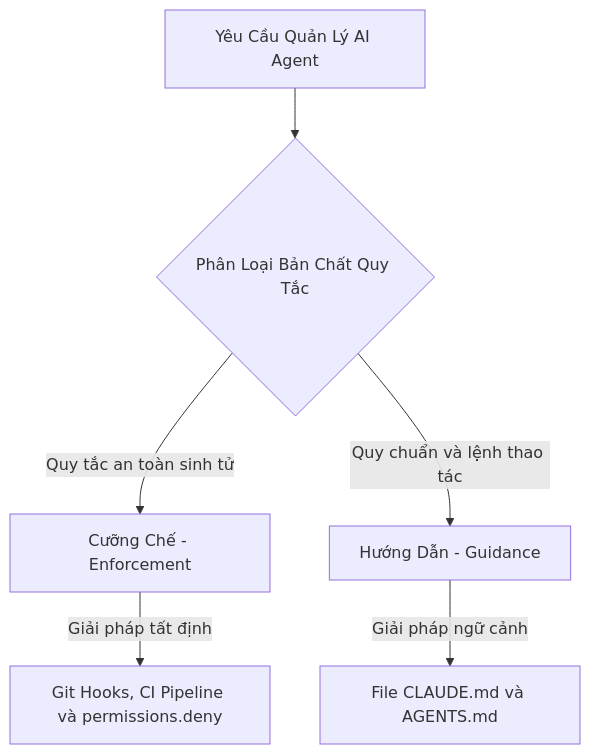
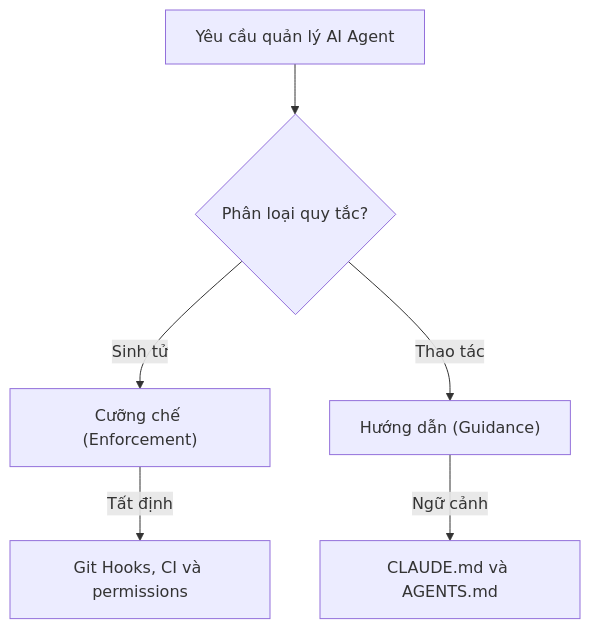
The second of 2 diagrams in content/posts/tu-duy-viet-claudemd-thuc-chien.md (nguyengoctin/my_website), drawn with Mermaid before and after one commit. The commit also changed other lines of this file and 9 other files, not shown here.

````diff
--- a/content/posts/tu-duy-viet-claudemd-thuc-chien.md
+++ b/content/posts/tu-duy-viet-claudemd-thuc-chien.md
@@ -129,8 +135,14 @@
 ```mermaid
 flowchart TD
-    A["Yêu Cầu Quản Lý AI Agent"] --> B{"Phân Loại Bản Chất Quy Tắc"}
-    B -->|Quy tắc an toàn sinh tử| C["Cưỡng Chế - Enforcement"]
-    B -->|Quy chuẩn và lệnh thao tác| D["Hướng Dẫn - Guidance"]
-    C -->|Giải pháp tất định| E["Git Hooks, CI Pipeline và permissions.deny"]
-    D -->|Giải pháp ngữ cảnh| F["File CLAUDE.md và AGENTS.md"]
+    A["`Yêu cầu quản lý AI Agent`"]
+    B{"`Phân loại quy tắc?`"}
+    C["`Cưỡng chế (Enforcement)`"]
+    D["`Hướng dẫn (Guidance)`"]
+    E["`Git Hooks, CI và permissions`"]
+    F["`CLAUDE.md và AGENTS.md`"]
+    A --> B
+    B -->|Sinh tử| C
+    B -->|Thao tác| D
+    C -->|Tất định| E
+    D -->|Ngữ cảnh| F
 ```
````
